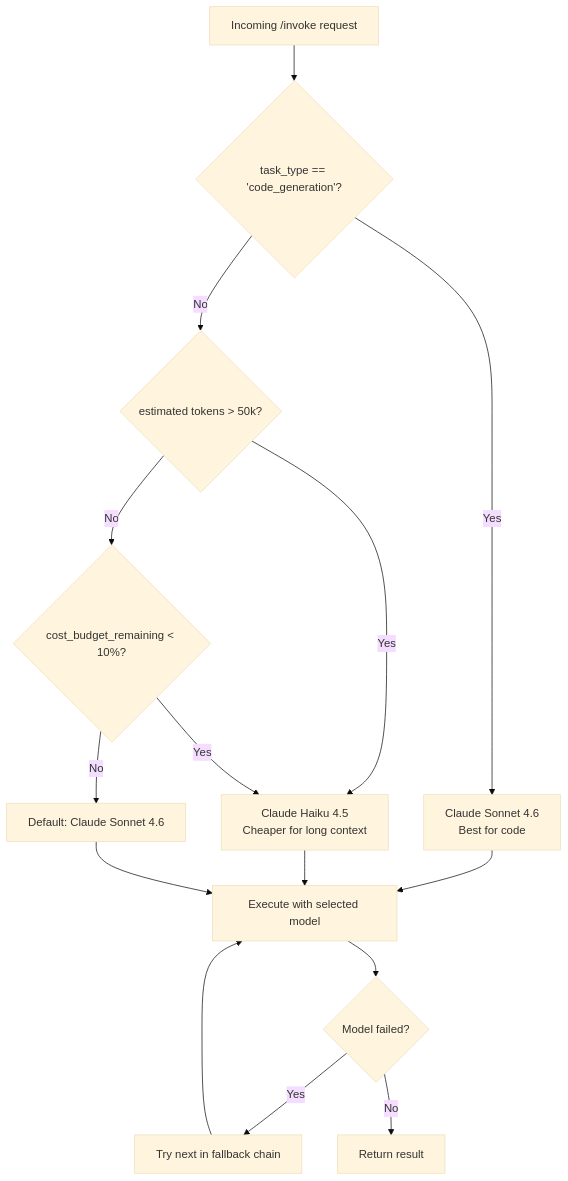
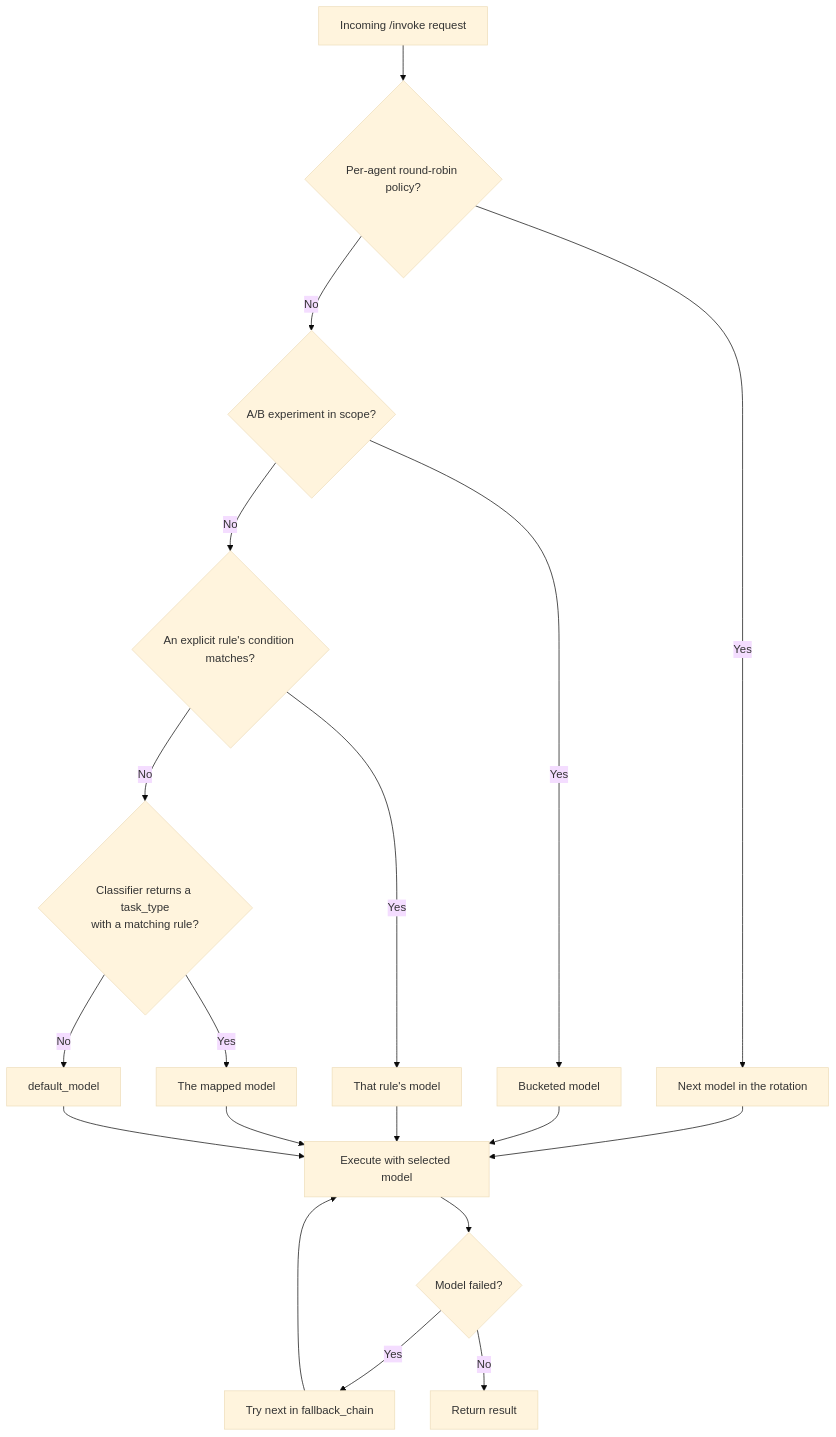
Diagram 14 of 41 in docs/gateway-architecture.md (hk-775/ostiari), drawn with Mermaid (base theme) before and after one commit. The commit also changed other lines of this file and 21 other files, not shown here.

````diff
--- a/docs/gateway-architecture.md
+++ b/docs/gateway-architecture.md
@@ -1134,18 +1483,22 @@
 ```mermaid
 flowchart TD
-    REQ[Incoming /invoke request] --> R1{task_type == 'code_generation'?}
-    R1 -->|Yes| M1[Claude Sonnet 4.6<br/>Best for code]
-    R1 -->|No| R2{estimated tokens > 50k?}
-    R2 -->|Yes| M2[Claude Haiku 4.5<br/>Cheaper for long context]
-    R2 -->|No| R3{cost_budget_remaining < 10%?}
-    R3 -->|Yes| M2
-    R3 -->|No| M3[Default: Claude Sonnet 4.6]
+    REQ[Incoming /invoke request] --> R0{Per-agent round-robin policy?}
+    R0 -->|Yes| RR[Next model in the rotation]
+    R0 -->|No| RA{A/B experiment in scope?}
+    RA -->|Yes| AB[Bucketed model]
+    RA -->|No| R1{An explicit rule's condition matches?}
+    R1 -->|Yes| M1[That rule's model]
+    R1 -->|No| R2{Classifier returns a task_type<br/>with a matching rule?}
+    R2 -->|Yes| M2[The mapped model]
+    R2 -->|No| M3[default_model]
 
-    M1 --> EX[Execute with selected model]
+    RR --> EX[Execute with selected model]
+    AB --> EX
+    M1 --> EX
     M2 --> EX
     M3 --> EX
     EX --> F{Model failed?}
-    F -->|Yes| FB[Try next in fallback chain]
+    F -->|Yes| FB[Try next in fallback_chain]
     F -->|No| RES[Return result]
     FB --> EX
 ```
````
